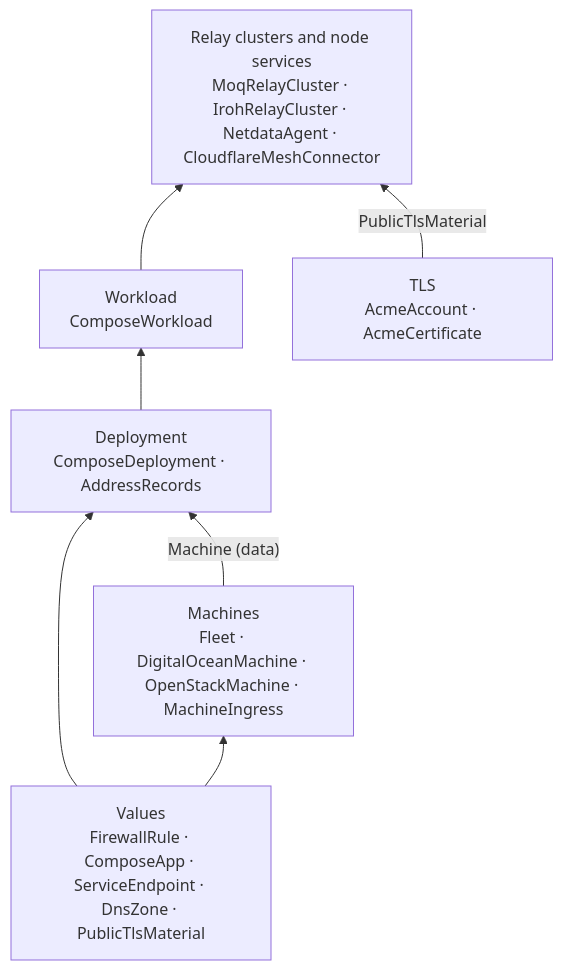
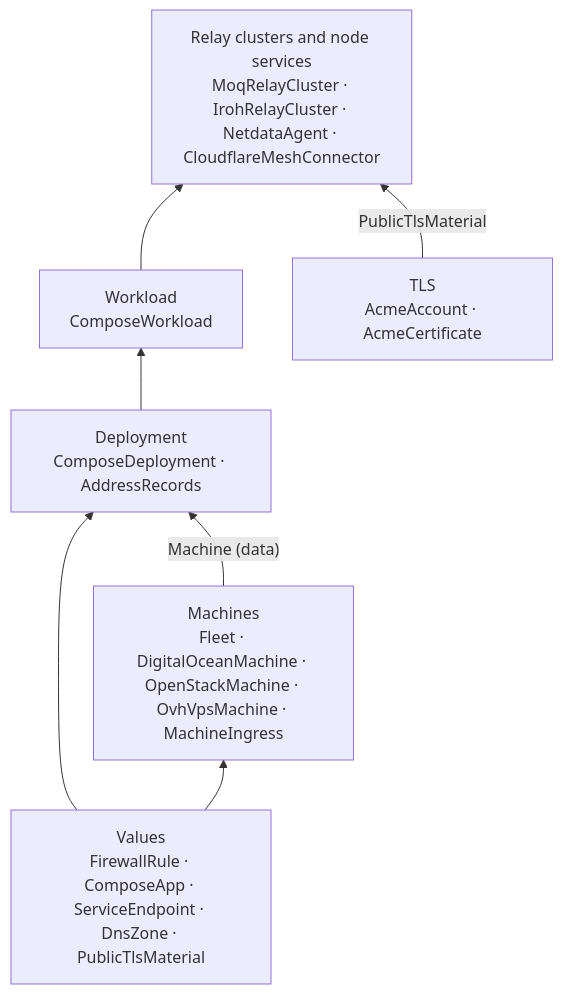
Before and after one commit to conservationtv/conservationtv: the diagram in packages/fleet/docs/topology/README.md, drawn with Mermaid. The commit also changed other lines of this file and 23 other files, not shown here.

First line of the commit message:
Fleet: OVH VPS machines, and every machine hardened by default

````diff
--- a/packages/fleet/docs/topology/README.md
+++ b/packages/fleet/docs/topology/README.md
@@ -6,16 +6,16 @@
 ```mermaid
 flowchart BT
   V["Values<br/>FirewallRule · ComposeApp · ServiceEndpoint · DnsZone · PublicTlsMaterial"]
-  M["Machines<br/>Fleet · DigitalOceanMachine · OpenStackMachine · MachineIngress"]
+  M["Machines<br/>Fleet · DigitalOceanMachine · OpenStackMachine · OvhVpsMachine · MachineIngress"]
   D["Deployment<br/>ComposeDeployment · AddressRecords"]
   W["Workload<br/>ComposeWorkload"]
   R["Relay clusters and node services<br/>MoqRelayCluster · IrohRelayCluster · NetdataAgent · CloudflareMeshConnector"]
   T["TLS<br/>AcmeAccount · AcmeCertificate"]
 
   V --> M
   V --> D
   M -- "Machine (data)" --> D
   D --> W
   W --> R
   T -- "PublicTlsMaterial" --> R
 ```
````
